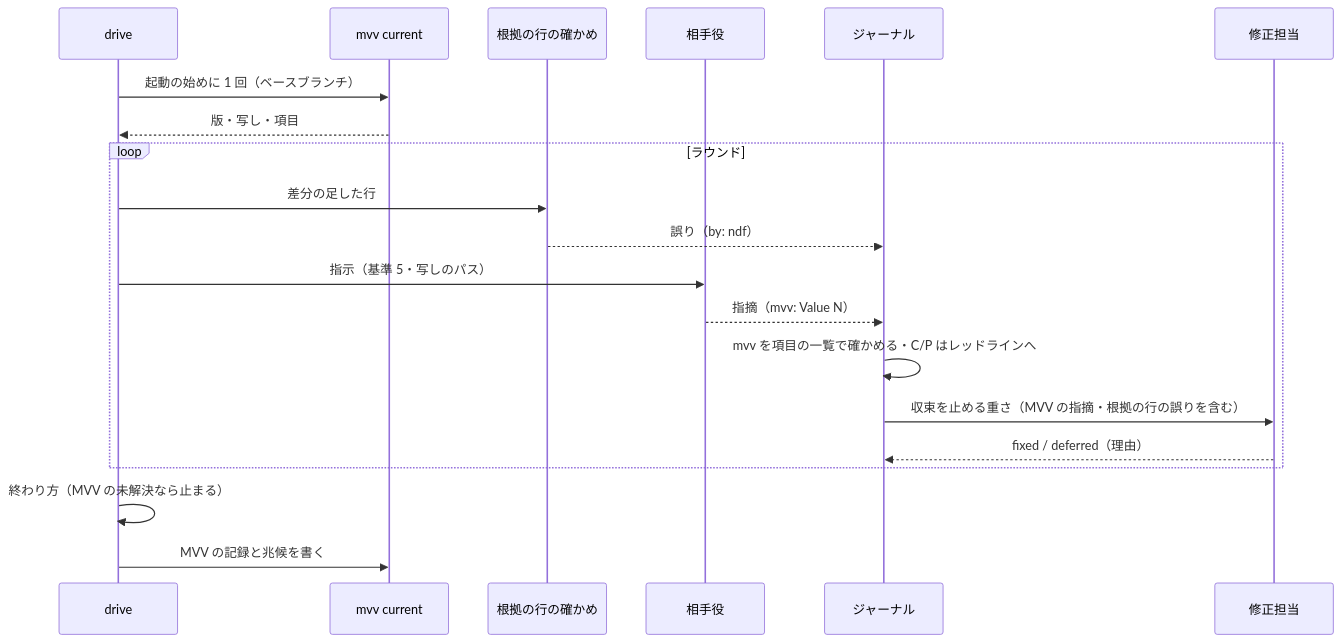
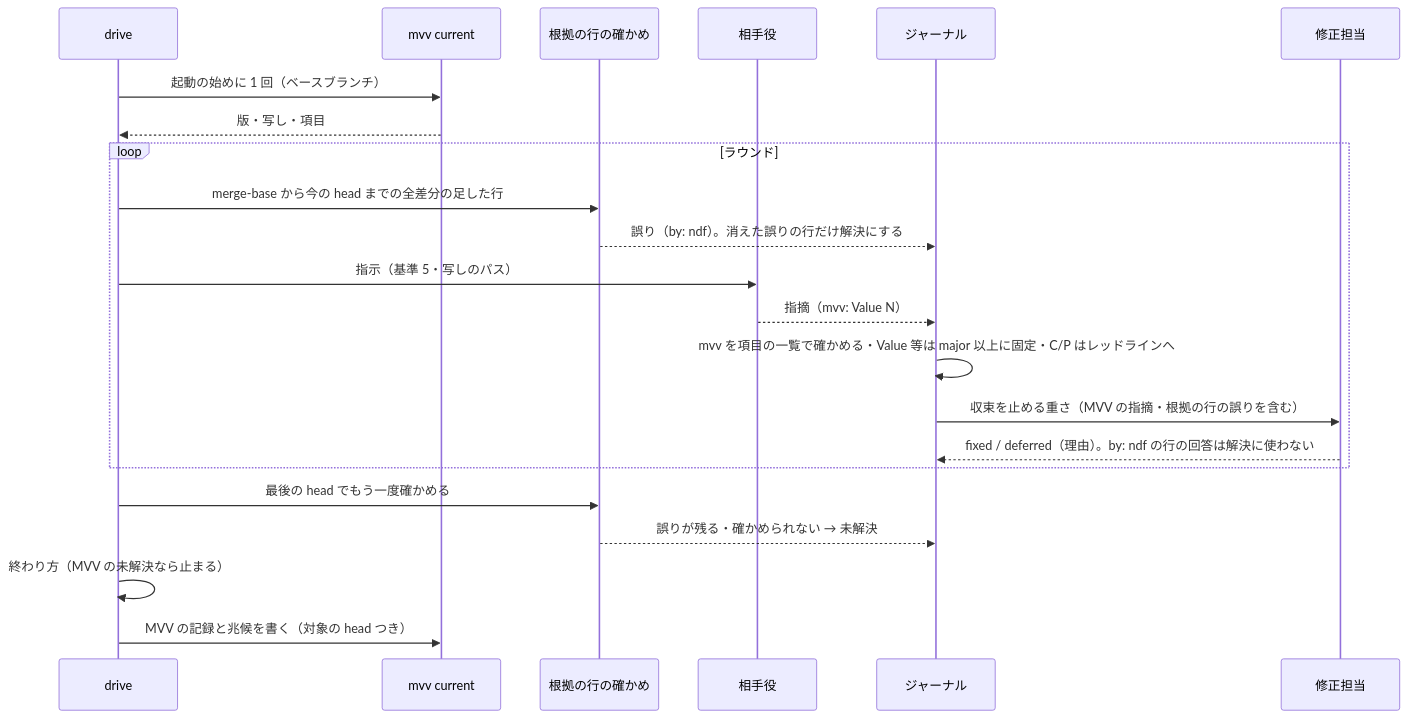
Before and after one commit to devbasex/ai-plugins: the third of 3 diagrams in issues/issue-4076-design.md, drawn with Mermaid. The commit also changed other lines of this file and 1 other file, not shown here.

First line of the commit message:
Docs: 根拠の行を版ごとの項目で PR 全体の差分から確かめて機械だけが解決し、MVV の指摘の重さを固定し、レッドラインと見送りで承認ゲートを省かないよう #4076 の設計を直す（cross-review の指摘）

````diff
--- a/issues/issue-4076-design.md
+++ b/issues/issue-4076-design.md
@@ -123,22 +127,24 @@
 ```mermaid
 sequenceDiagram
   participant D as drive
   participant M as mvv current
   participant K as 根拠の行の確かめ
   participant R as 相手役
   participant J as ジャーナル
   participant F as 修正担当
   D->>M: 起動の始めに 1 回（ベースブランチ）
   M-->>D: 版・写し・項目
   loop ラウンド
-    D->>K: 差分の足した行
-    K-->>J: 誤り（by: ndf）
+    D->>K: merge-base から今の head までの全差分の足した行
+    K-->>J: 誤り（by: ndf）。消えた誤りの行だけ解決にする
     D->>R: 指示（基準 5・写しのパス）
     R-->>J: 指摘（mvv: Value N）
-    J->>J: mvv を項目の一覧で確かめる・C/P はレッドラインへ
+    J->>J: mvv を項目の一覧で確かめる・Value 等は major 以上に固定・C/P はレッドラインへ
     J->>F: 収束を止める重さ（MVV の指摘・根拠の行の誤りを含む）
-    F-->>J: fixed / deferred（理由）
+    F-->>J: fixed / deferred（理由）。by: ndf の行の回答は解決に使わない
   end
+  D->>K: 最後の head でもう一度確かめる
+  K-->>J: 誤りが残る・確かめられない → 未解決
   D->>D: 終わり方（MVV の未解決なら止まる）
-  D->>M: MVV の記録と兆候を書く
+  D->>M: MVV の記録と兆候を書く（対象の head つき）
 ```
````
